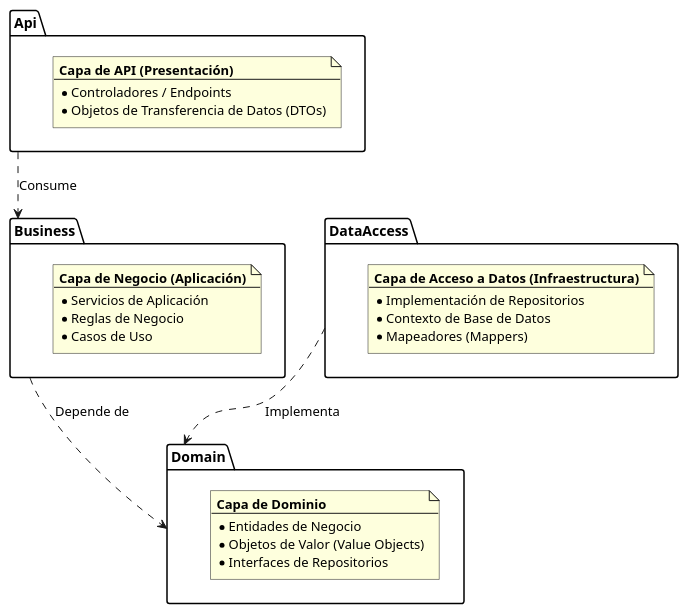
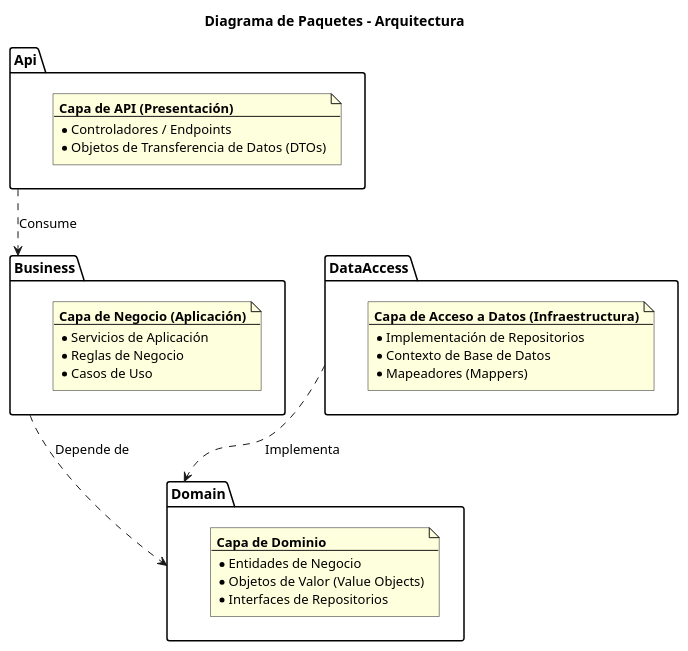
One commit to rogerrocaarano/DesignPatternsDemo changed the diagram in docs/WebApi/package-architecture.puml. Above: the diagram before and after it, drawn with PlantUML. The commit also changed 12 other files, not shown here.

First line of the commit message:
Docs: polish diagrams with titles and skinparams, add calculate-discount sequence

```diff
--- a/docs/WebApi/package-architecture.puml
+++ b/docs/WebApi/package-architecture.puml
@@ -1,47 +1,49 @@
 @startuml
+
+title Diagrama de Paquetes - Arquitectura
 
 package Domain {
     note as nDomain
         **Capa de Dominio**
         --
         * Entidades de Negocio
         * Objetos de Valor (Value Objects)
         * Interfaces de Repositorios
     end note
 }
 
 package Business {
     note as nBusiness
         **Capa de Negocio (Aplicación)**
         --
         * Servicios de Aplicación
         * Reglas de Negocio
         * Casos de Uso
     end note
 }
 
 package DataAccess {
     note as nDataAccess
         **Capa de Acceso a Datos (Infraestructura)**
         --
         * Implementación de Repositorios
         * Contexto de Base de Datos
         * Mapeadores (Mappers)
     end note
 }
 
 package Api {
     note as nApi
         **Capa de API (Presentación)**
         --
         * Controladores / Endpoints
         * Objetos de Transferencia de Datos (DTOs)
     end note
 }
 
 ' Relaciones de dependencia
 DataAccess ..> Domain : Implementa
 Api ..> Business : Consume
 Business ..> Domain : Depende de
 
 @enduml
```
